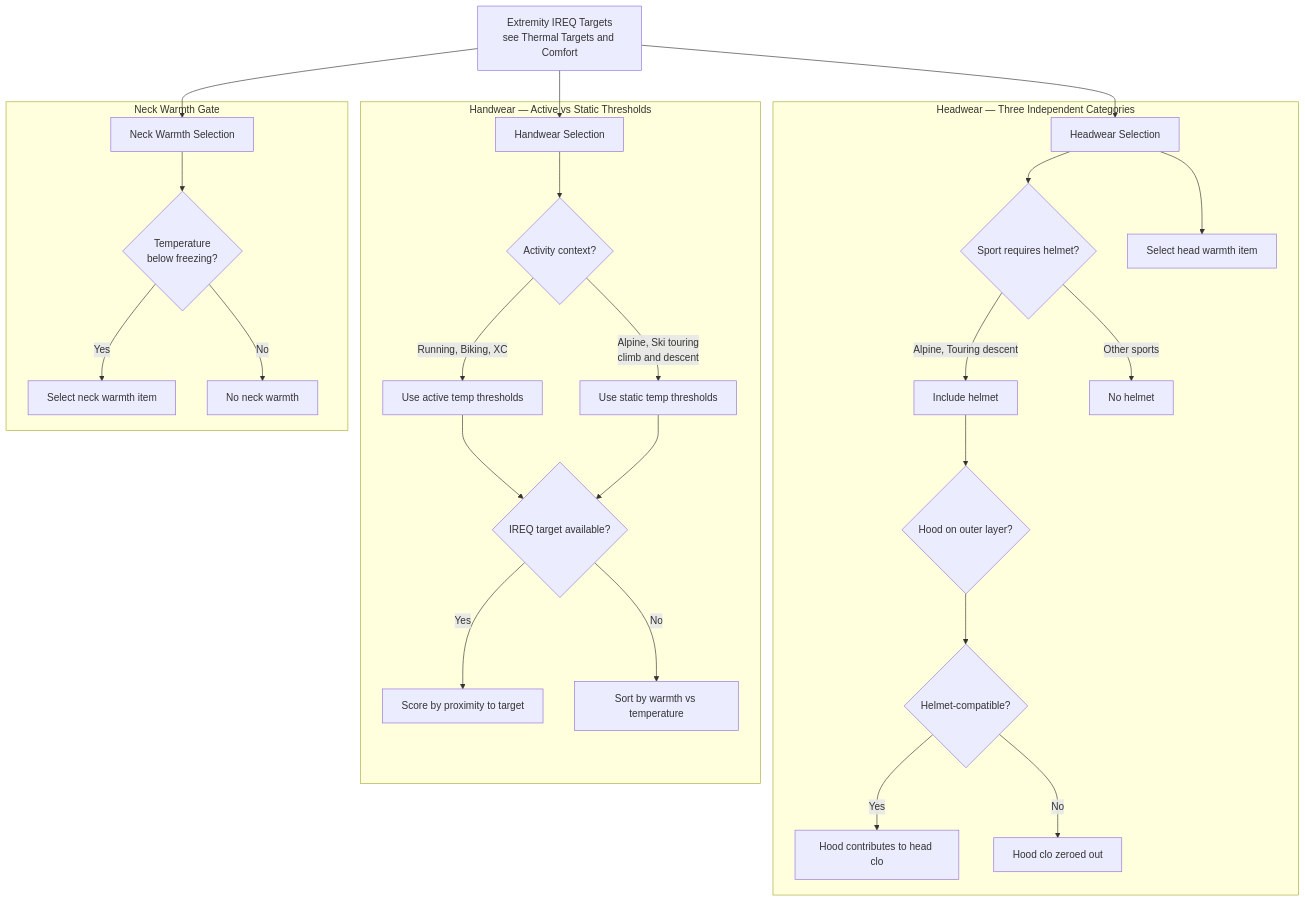
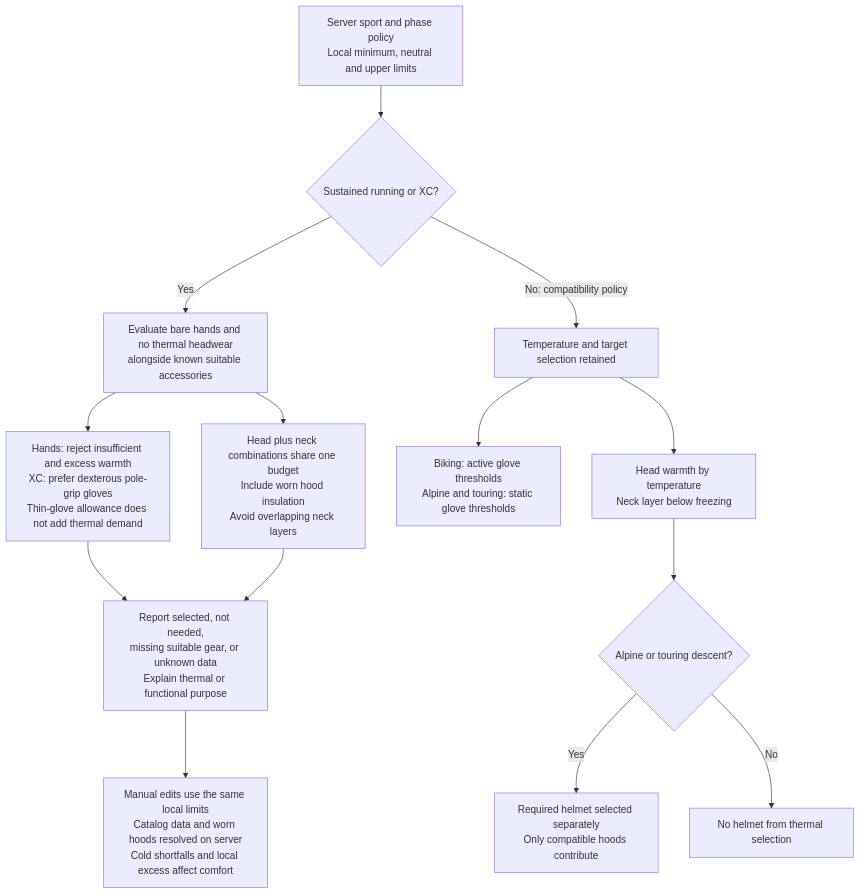
The sixth of 7 diagrams in README.md (derobertsw/swttr), drawn with Mermaid before and after one commit. The commit also changed other lines of this file and 21 other files, not shown here.

Commit message:
Make running and XC thermal accessories optional (#246)

````diff
--- a/README.md
+++ b/README.md
@@ -265,35 +265,16 @@
 ```mermaid
 graph TD
-    EXT[Extremity IREQ Targets<br/>see Thermal Targets and Comfort] --> HEAD[Headwear Selection]
-    EXT --> HAND[Handwear Selection]
-    EXT --> NECK[Neck Warmth Selection]
-
-    subgraph "Headwear — Three Independent Categories"
-        HEAD --> HELMET{Sport requires helmet?}
-        HELMET -->|Alpine, Touring descent| HYES[Include helmet]
-        HELMET -->|Other sports| HNO[No helmet]
-
-        HYES --> HOOD{Hood on outer layer?}
-        HOOD --> HCOMPAT{Helmet-compatible?}
-        HCOMPAT -->|Yes| HCONT[Hood contributes to head clo]
-        HCOMPAT -->|No| HZERO[Hood clo zeroed out]
-
-        HEAD --> HWARM[Select head warmth item]
-    end
-
-    subgraph "Handwear — Active vs Static Thresholds"
-        HAND --> HMODE{Activity context?}
-        HMODE -->|Running, Biking, XC| ACTIVE[Use active temp thresholds]
-        HMODE -->|Alpine, Ski touring<br/>climb and descent| STATIC[Use static temp thresholds]
-        ACTIVE --> HTARGET{IREQ target available?}
-        STATIC --> HTARGET
-        HTARGET -->|Yes| HSCORE[Score by proximity to target]
-        HTARGET -->|No| HTEMP[Sort by warmth vs temperature]
-    end
-
-    subgraph "Neck Warmth Gate"
-        NECK --> NCHECK{Temperature<br/>below freezing?}
-        NCHECK -->|Yes| NSEL[Select neck warmth item]
-        NCHECK -->|No| NSKIP[No neck warmth]
-    end
+    EXT[Server sport and phase policy<br/>Local minimum, neutral and upper limits] --> MODE{Sustained running or XC?}
+    MODE -->|Yes| BARE[Evaluate bare hands and no thermal headwear<br/>alongside known suitable accessories]
+    BARE --> HAND[Hands: reject insufficient and excess warmth<br/>XC: prefer dexterous pole-grip gloves<br/>Thin-glove allowance does not add thermal demand]
+    BARE --> HEAD[Head plus neck combinations share one budget<br/>Include worn hood insulation<br/>Avoid overlapping neck layers]
+    HAND --> STATE[Report selected, not needed,<br/>missing suitable gear, or unknown data<br/>Explain thermal or functional purpose]
+    HEAD --> STATE
+    STATE --> EDIT[Manual edits use the same local limits<br/>Catalog data and worn hoods resolved on server<br/>Cold shortfalls and local excess affect comfort]
+    MODE -->|No: compatibility policy| LEGACY[Temperature and target selection retained]
+    LEGACY --> LHAND[Biking: active glove thresholds<br/>Alpine and touring: static glove thresholds]
+    LEGACY --> LHEAD[Head warmth by temperature<br/>Neck layer below freezing]
+    LHEAD --> HELMET{Alpine or touring descent?}
+    HELMET -->|Yes| REQUIRED[Required helmet selected separately<br/>Only compatible hoods contribute]
+    HELMET -->|No| NOHELMET[No helmet from thermal selection]
 ```
````
